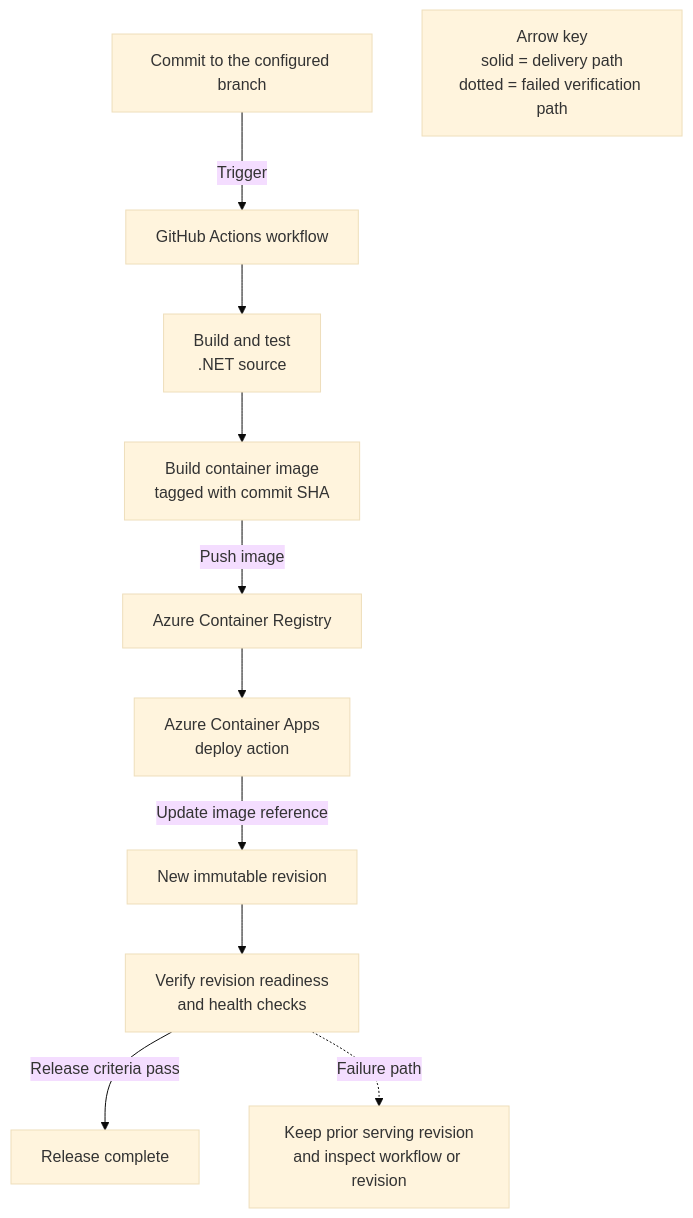
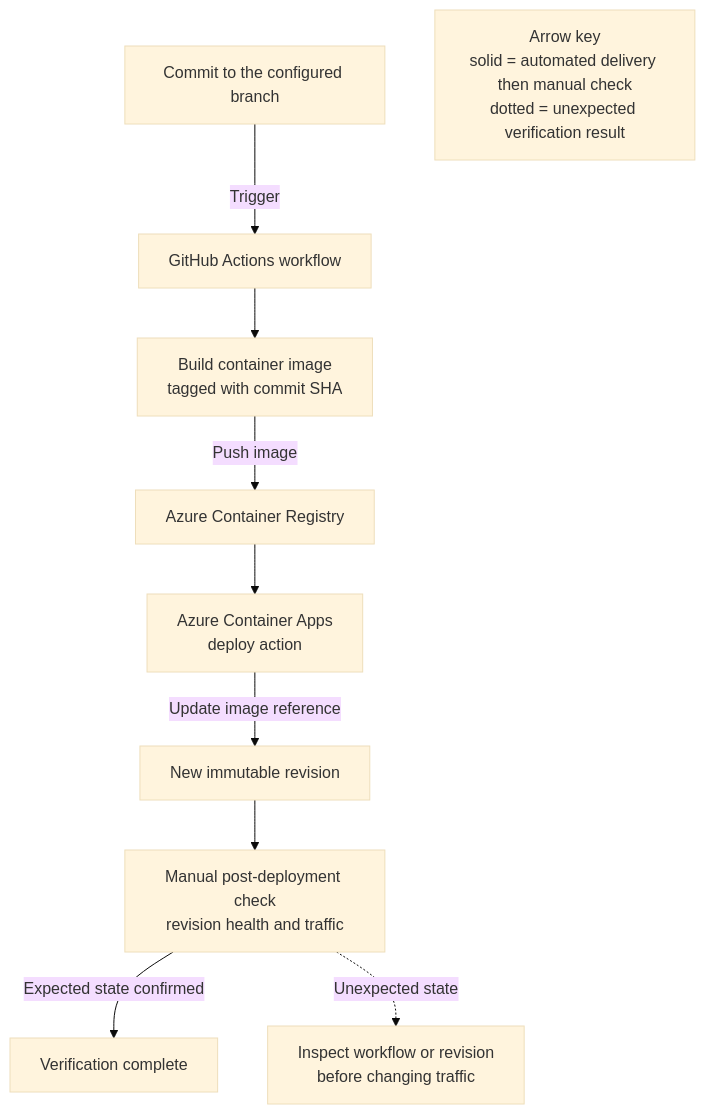
One commit to yeongseon/azure-container-apps-practical-guide changed the second of 2 diagrams in docs/language-guides/dotnet/tutorial/06-ci-cd.md. Above: the diagram before and after it, drawn with Mermaid (base theme). The commit also changed other lines of this file and 8 other files, not shown here.

Commit message:
docs(diagrams): address tutorial review feedback

````diff
--- a/docs/language-guides/dotnet/tutorial/06-ci-cd.md
+++ b/docs/language-guides/dotnet/tutorial/06-ci-cd.md
@@ -90,28 +90,26 @@
 ```mermaid
 flowchart TD
     accTitle: GitHub Actions delivery flow for the .NET container app
-    accDescr: A commit starts a workflow that tests the .NET source, builds an immutable container image, pushes it to Azure Container Registry, updates the container app, and verifies the new revision before release completion.
+    accDescr: A commit starts a workflow that builds a commit-tagged container image, pushes it to Azure Container Registry, and updates the container app. Tests are a recommended addition, while revision health and traffic are verified manually after deployment.
 
     COMMIT["Commit to the configured branch"]
     WORKFLOW["GitHub Actions workflow"]
-    TEST["Build and test<br/>.NET source"]
     IMAGE["Build container image<br/>tagged with commit SHA"]
     ACR["Azure Container Registry"]
     DEPLOY["Azure Container Apps<br/>deploy action"]
     REVISION["New immutable revision"]
-    VERIFY["Verify revision readiness<br/>and health checks"]
-    COMPLETE["Release complete"]
-    INVESTIGATE["Keep prior serving revision<br/>and inspect workflow or revision"]
+    VERIFY["Manual post-deployment check<br/>revision health and traffic"]
+    COMPLETE["Verification complete"]
+    INVESTIGATE["Inspect workflow or revision<br/>before changing traffic"]
 
     COMMIT -->|"Trigger"| WORKFLOW
-    WORKFLOW --> TEST
-    TEST --> IMAGE
+    WORKFLOW --> IMAGE
     IMAGE -->|"Push image"| ACR
     ACR --> DEPLOY
     DEPLOY -->|"Update image reference"| REVISION
     REVISION --> VERIFY
-    VERIFY -->|"Release criteria pass"| COMPLETE
-    VERIFY -.->|"Failure path"| INVESTIGATE
+    VERIFY -->|"Expected state confirmed"| COMPLETE
+    VERIFY -.->|"Unexpected state"| INVESTIGATE
 
-    LEGEND["Arrow key<br/>solid = delivery path<br/>dotted = failed verification path"]
+    LEGEND["Arrow key<br/>solid = automated delivery then manual check<br/>dotted = unexpected verification result"]
 ```
````
